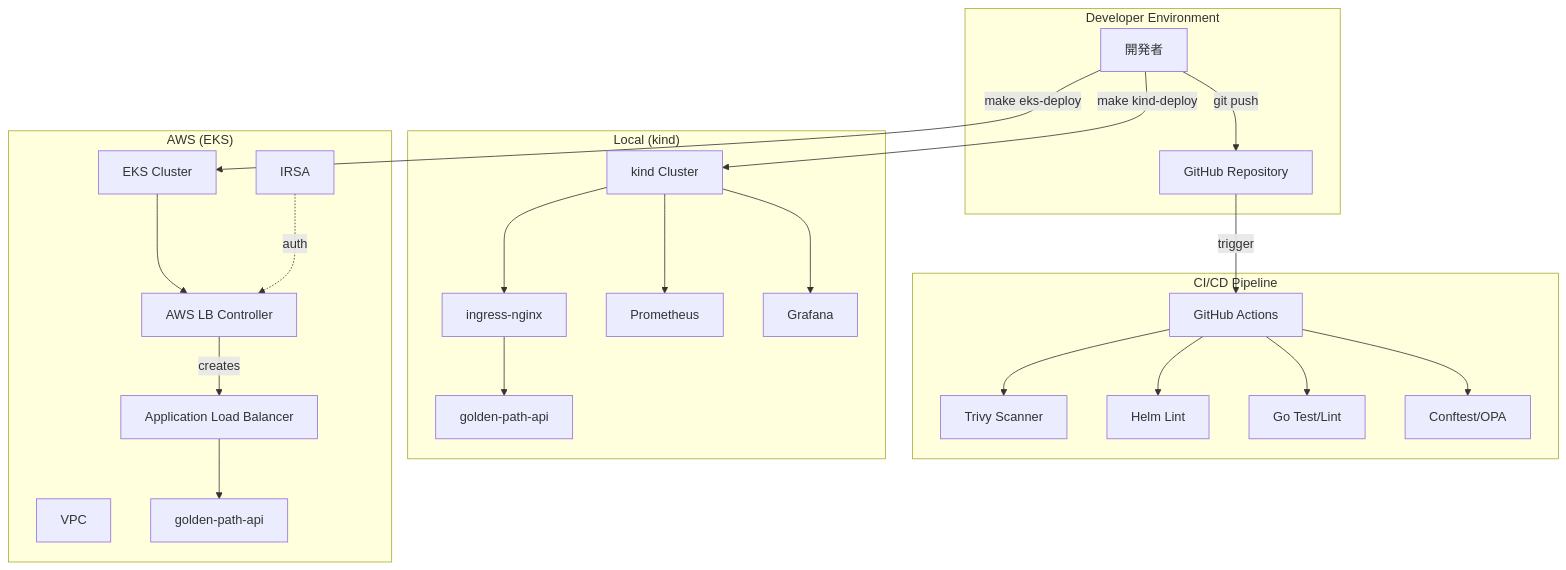
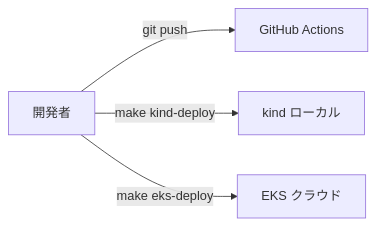
The first of 3 diagrams in README.md (sano-suguru/terraform-eks-golden-path), drawn with Mermaid before and after one commit. The commit also changed other lines of this file, not shown here.

Commit message:
docs: READMEのアーキテクチャ図を簡略化 (#37)

````diff
--- a/README.md
+++ b/README.md
@@ -36,51 +38,6 @@
 ```mermaid
-flowchart TB
-    subgraph "Developer Environment"
-        DEV[開発者]
-        GIT[GitHub Repository]
-    end
-
-    subgraph "CI/CD Pipeline"
-        GHA[GitHub Actions]
-        TRIVY[Trivy Scanner]
-        HELM_LINT[Helm Lint]
-        GO_TEST[Go Test/Lint]
-        CONFTEST[Conftest/OPA]
-    end
-
-    subgraph "Local (kind)"
-        KIND[kind Cluster]
-        NGINX[ingress-nginx]
-        PROM_LOCAL[Prometheus]
-        GRAFANA_LOCAL[Grafana]
-        APP_LOCAL[golden-path-api]
-    end
-
-    subgraph "AWS (EKS)"
-        VPC[VPC]
-        EKS[EKS Cluster]
-        ALB[Application Load Balancer]
-        LBC[AWS LB Controller]
-        APP_EKS[golden-path-api]
-        IRSA[IRSA]
-    end
-
-    DEV -->|git push| GIT
-    GIT -->|trigger| GHA
-    GHA --> TRIVY
-    GHA --> HELM_LINT
-    GHA --> GO_TEST
-    GHA --> CONFTEST
-
-    DEV -->|make kind-deploy| KIND
-    KIND --> NGINX
-    KIND --> PROM_LOCAL
-    KIND --> GRAFANA_LOCAL
-    NGINX --> APP_LOCAL
-
-    DEV -->|make eks-deploy| EKS
-    EKS --> LBC
-    LBC -->|creates| ALB
-    ALB --> APP_EKS
-    IRSA -.->|auth| LBC
+flowchart LR
+    DEV[開発者] -->|git push| CI[GitHub Actions]
+    DEV -->|make kind-deploy| KIND[kind ローカル]
+    DEV -->|make eks-deploy| EKS[EKS クラウド]
 ```
````
